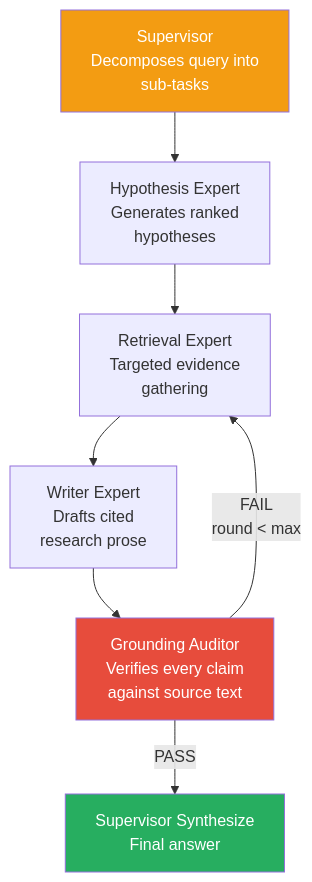
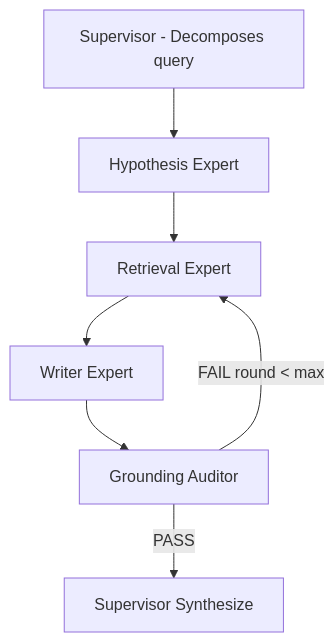
The fifth of 9 diagrams in docs/ATLAS_DISCOVERY_VISION.md (AidanSYu/Atlas-OS), drawn with Mermaid before and after one commit. The commit also changed other lines of this file and 1 other file, not shown here.

Commit message:
docs: Move ATLAS_DISCOVERY_VISION.md to docs/ and refactor content for improved path portability and diagram clarity.

````diff
--- a/docs/ATLAS_DISCOVERY_VISION.md
+++ b/docs/ATLAS_DISCOVERY_VISION.md
@@ -225,13 +207,9 @@
 ```mermaid
 flowchart TD
-    SUP["Supervisor<br/>Decomposes query into<br/>sub-tasks"] --> HYP["Hypothesis Expert<br/>Generates ranked<br/>hypotheses"]
-    HYP --> RET["Retrieval Expert<br/>Targeted evidence<br/>gathering"]
-    RET --> WRT["Writer Expert<br/>Drafts cited<br/>research prose"]
-    WRT --> AUD["Grounding Auditor<br/>Verifies every claim<br/>against source text"]
-    AUD -->|"PASS"| SYN["Supervisor Synthesize<br/>Final answer"]
-    AUD -->|"FAIL<br/>round < max"| RET
-
-    style SUP fill:#F39C12,color:#fff
-    style AUD fill:#E74C3C,color:#fff
-    style SYN fill:#27AE60,color:#fff
+    SUP["Supervisor - Decomposes query"] --> HYP["Hypothesis Expert"]
+    HYP --> RET["Retrieval Expert"]
+    RET --> WRT["Writer Expert"]
+    WRT --> AUD["Grounding Auditor"]
+    AUD -->|PASS| SYN["Supervisor Synthesize"]
+    AUD -->|FAIL round < max| RET
 ```
````
